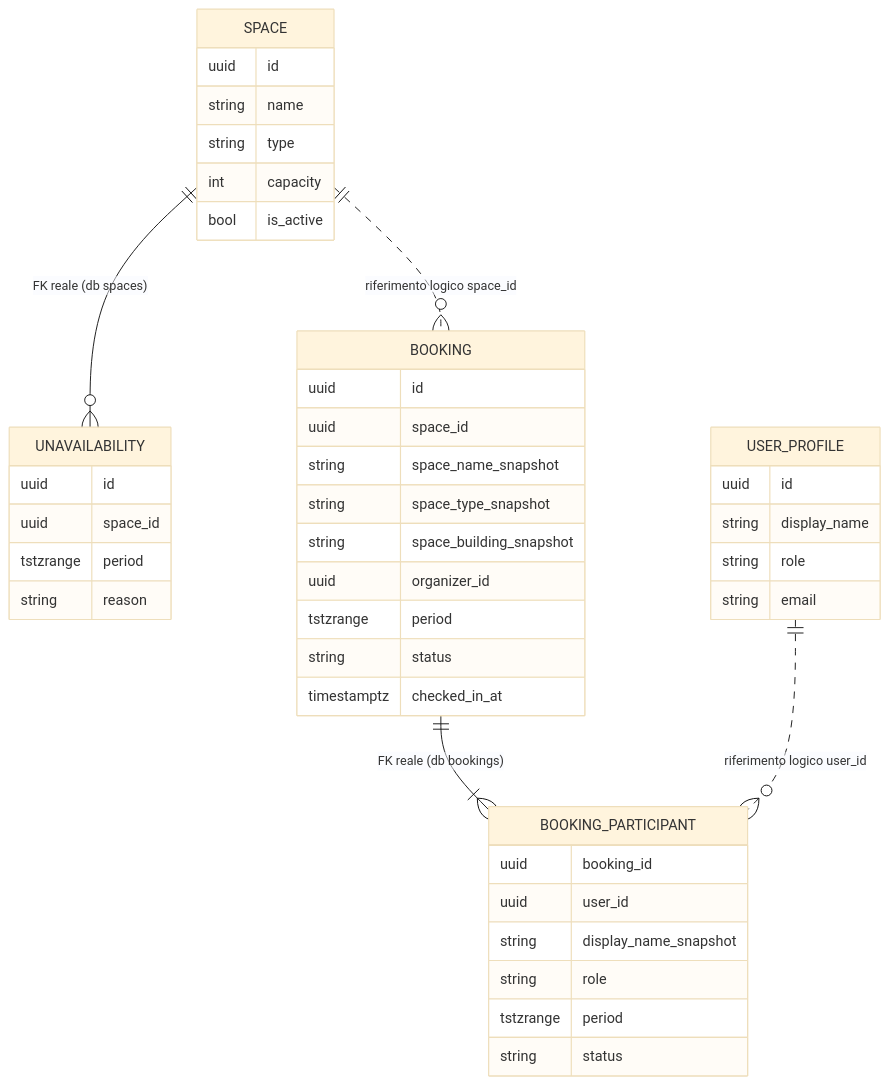
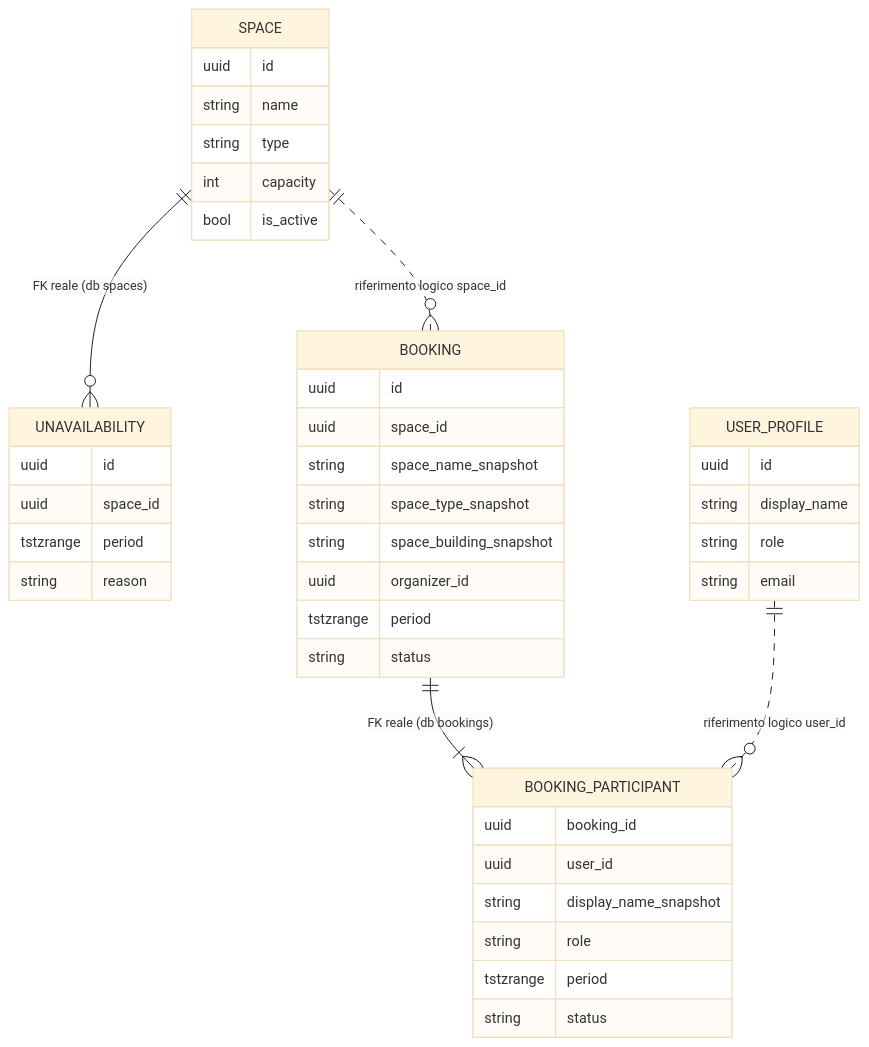
The second of 3 diagrams in docs/architecture.md (loggione-finale/smartcampus), drawn with Mermaid (base theme) before and after one commit. The commit also changed other lines of this file and 6 other files, not shown here.

````diff
--- a/docs/architecture.md
+++ b/docs/architecture.md
@@ -110,45 +115,44 @@
 ```mermaid
 erDiagram
     SPACE ||--o{ UNAVAILABILITY : "FK reale (db spaces)"
     BOOKING ||--|{ BOOKING_PARTICIPANT : "FK reale (db bookings)"
     SPACE ||..o{ BOOKING : "riferimento logico space_id"
     USER_PROFILE ||..o{ BOOKING_PARTICIPANT : "riferimento logico user_id"
     SPACE {
         uuid id
         string name
         string type
         int capacity
         bool is_active
     }
     UNAVAILABILITY {
         uuid id
         uuid space_id
         tstzrange period
         string reason
     }
     BOOKING {
         uuid id
         uuid space_id
         string space_name_snapshot
         string space_type_snapshot
         string space_building_snapshot
         uuid organizer_id
         tstzrange period
         string status
-        timestamptz checked_in_at
     }
     BOOKING_PARTICIPANT {
         uuid booking_id
         uuid user_id
         string display_name_snapshot
         string role
         tstzrange period
         string status
     }
     USER_PROFILE {
         uuid id
         string display_name
         string role
         string email
     }
 ```
````
